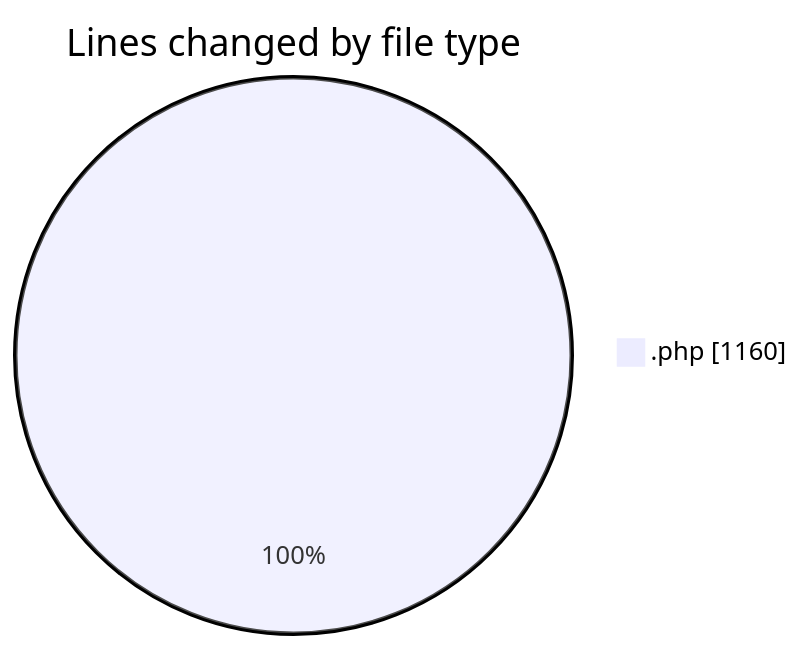
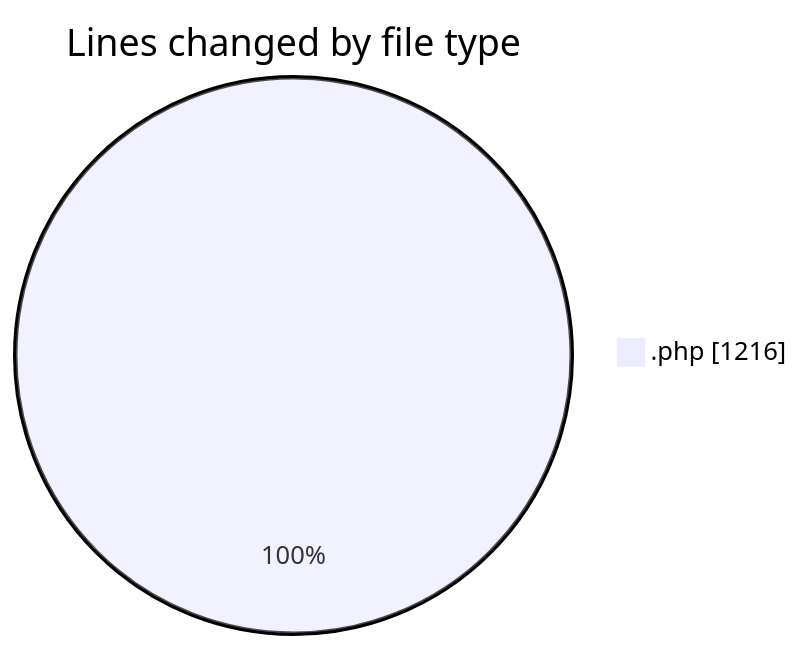
Before and after one commit to LanceThiago/code-tracking: the first of 2 diagrams in 2025-10-03/totem2/README.md, drawn with Mermaid. The commit also changed other lines of this file and 1 other file, not shown here.

````diff
--- a/2025-10-03/totem2/README.md
+++ b/2025-10-03/totem2/README.md
@@ -22,5 +22,5 @@
 ```mermaid
 pie showData
 title Lines changed by file type
-".php" : 1160
+".php" : 1216
 ```
````
